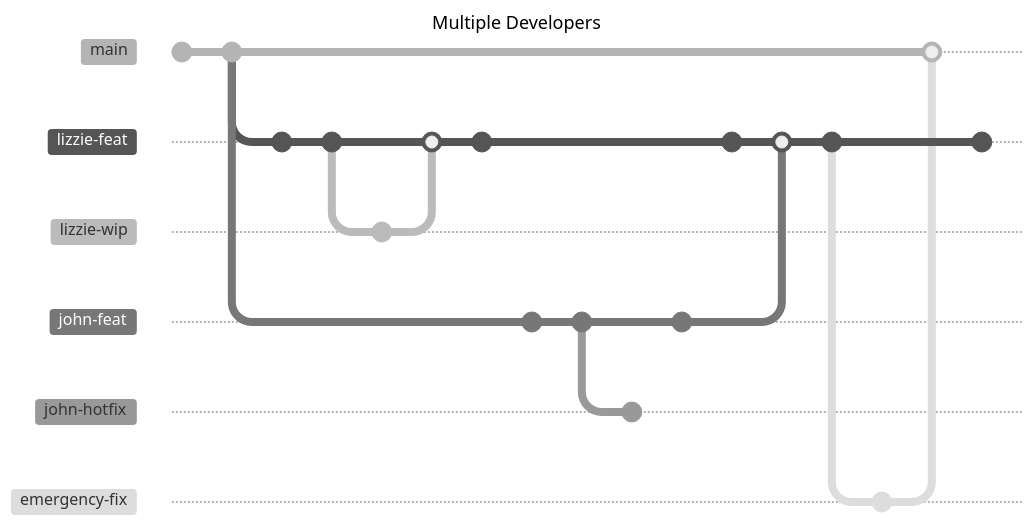
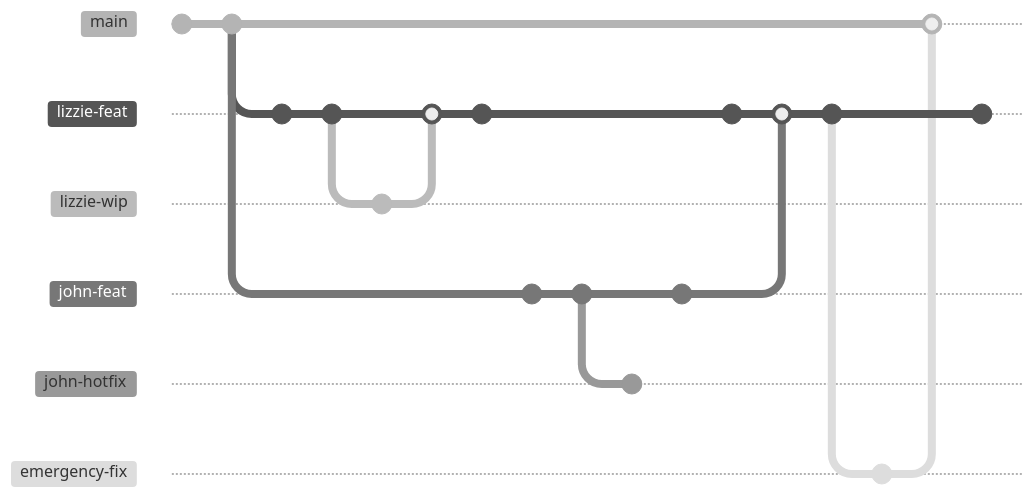
The second of 2 diagrams in slides.md (lizsalmon/iCSC-Git-talk), drawn with Mermaid (neutral theme) before and after one commit. The commit also changed other lines of this file, not shown here. Commit ids are hidden.

````diff
--- a/slides.md
+++ b/slides.md
@@ -54,46 +43,43 @@
 ```mermaid
----
-title: Multiple Developers
----
 gitGraph
   commit
   commit
   branch lizzie-feat
   checkout lizzie-feat
   commit
   commit
   branch lizzie-wip
   checkout lizzie-wip
   commit
   checkout lizzie-feat
   merge lizzie-wip
   commit
   checkout main
 
   branch john-feat
   checkout john-feat
   commit
   commit
   branch john-hotfix
   checkout john-hotfix
   commit
   checkout john-feat
   commit
 
   checkout main
 
   checkout lizzie-feat 
   commit
 
   merge john-feat
   commit
 
   branch emergency-fix
   checkout emergency-fix
   commit
 
   checkout main
   merge emergency-fix
   checkout lizzie-feat 
   commit
 ```
````
